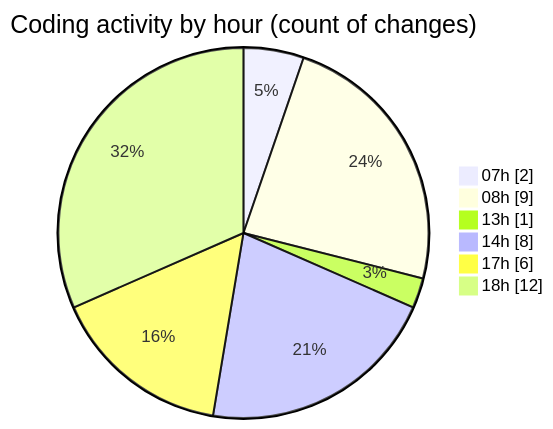
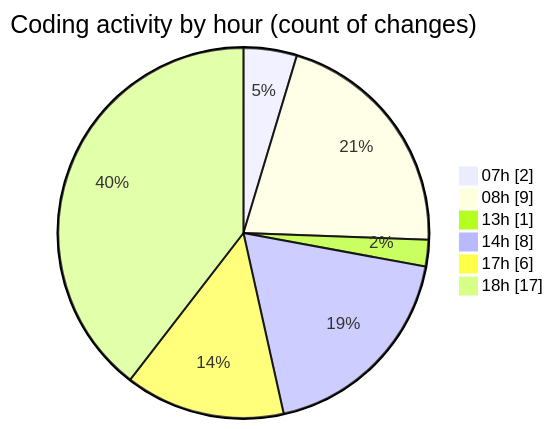
One commit to Elitesun/code-tracking changed the second of 2 diagrams in 2025-05-14/niten/README.md. Above: the diagram before and after it, drawn with Mermaid. The commit also changed other lines of this file and 1 other file, not shown here.

````diff
--- a/2025-05-14/niten/README.md
+++ b/2025-05-14/niten/README.md
@@ -41,10 +42,10 @@
 ```mermaid
 pie showData
 title Coding activity by hour (count of changes)
 "07h" : 2
 "08h" : 9
 "13h" : 1
 "14h" : 8
 "17h" : 6
-"18h" : 12
+"18h" : 17
 ```
````
